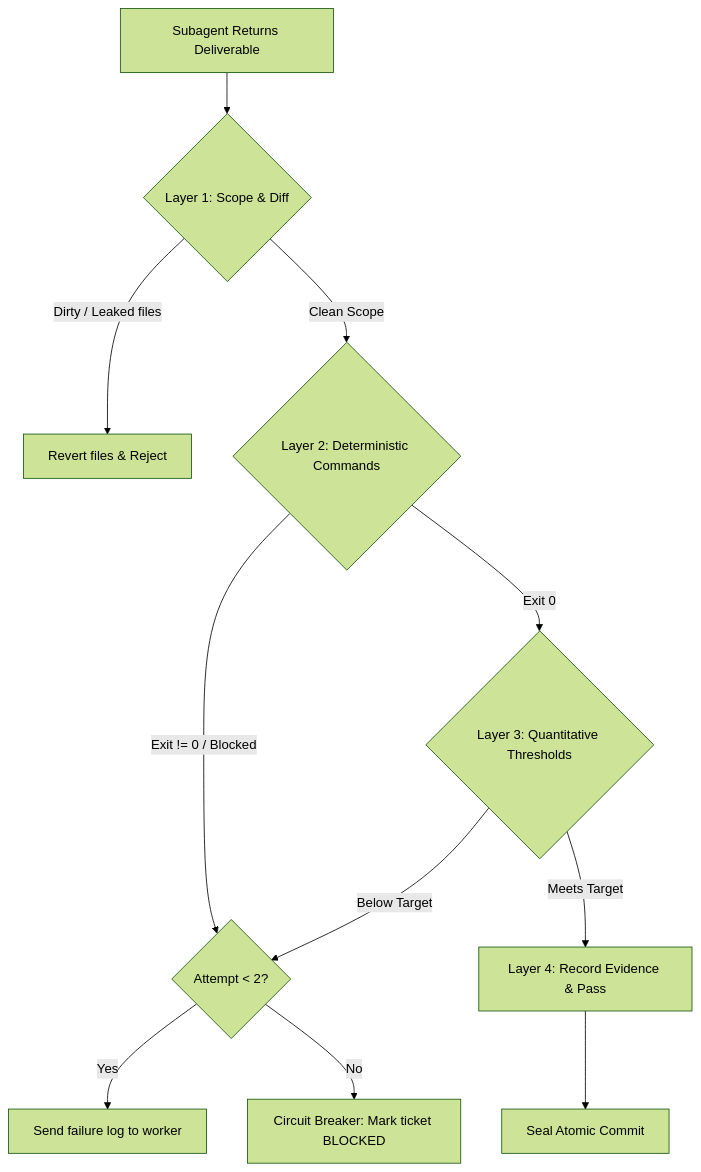
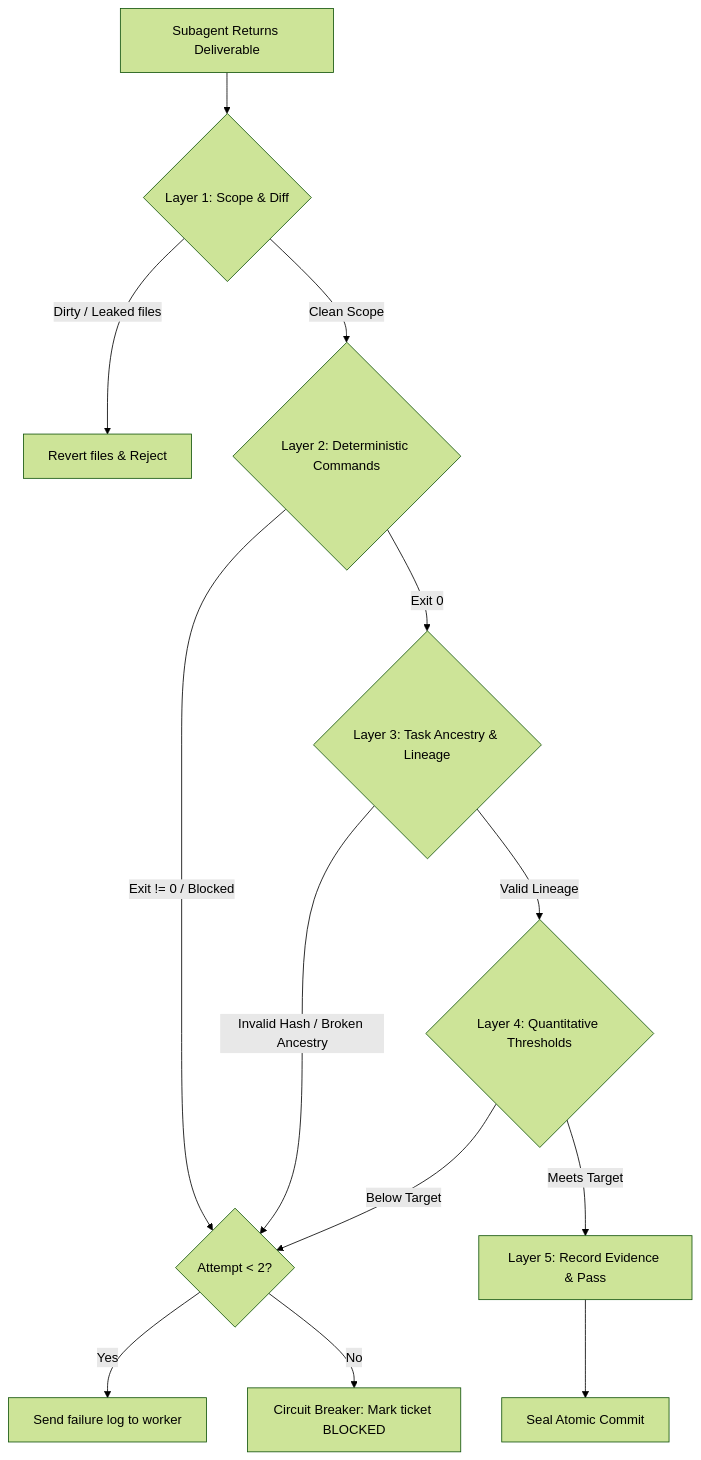
The diagram in .agents/skills/orchestrate/gate.md (EduardoShibukawa/G-Inga), drawn with Mermaid (forest theme) before and after one commit. The commit also changed other lines of this file and 3 other files, not shown here.

Commit message:
feat(orchestrate): implement git task ancestry and lineage gate

````diff
--- a/.agents/skills/orchestrate/gate.md
+++ b/.agents/skills/orchestrate/gate.md
@@ -9,15 +9,17 @@
 ```mermaid
 flowchart TD
     SUB[Subagent Returns Deliverable] --> L1{Layer 1: Scope & Diff}
     L1 -->|Dirty / Leaked files| R1[Revert files & Reject]
     L1 -->|Clean Scope| L2{Layer 2: Deterministic Commands}
     
     L2 -->|Exit != 0 / Blocked| RET{Attempt < 2?}
     RET -->|Yes| FDB[Send failure log to worker]
     RET -->|No| CB[Circuit Breaker: Mark ticket BLOCKED]
     
-    L2 -->|Exit 0| L3{Layer 3: Quantitative Thresholds}
-    L3 -->|Below Target| RET
-    L3 -->|Meets Target| L4[Layer 4: Record Evidence & Pass]
-    L4 --> COMMIT[Seal Atomic Commit]
+    L2 -->|Exit 0| L3{Layer 3: Task Ancestry & Lineage}
+    L3 -->|Invalid Hash / Broken Ancestry| RET
+    L3 -->|Valid Lineage| L4{Layer 4: Quantitative Thresholds}
+    L4 -->|Below Target| RET
+    L4 -->|Meets Target| L5[Layer 5: Record Evidence & Pass]
+    L5 --> COMMIT[Seal Atomic Commit]
 ```
````
